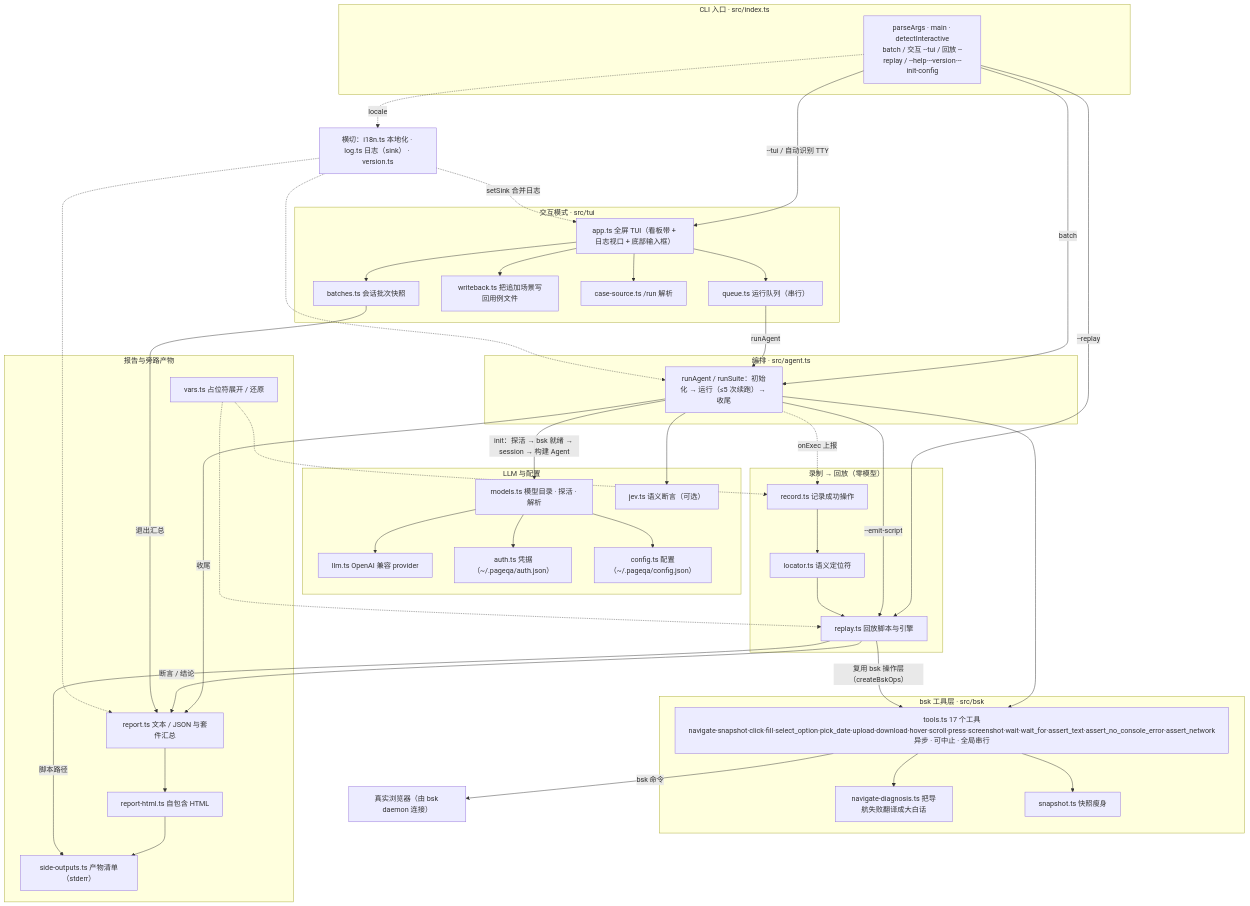
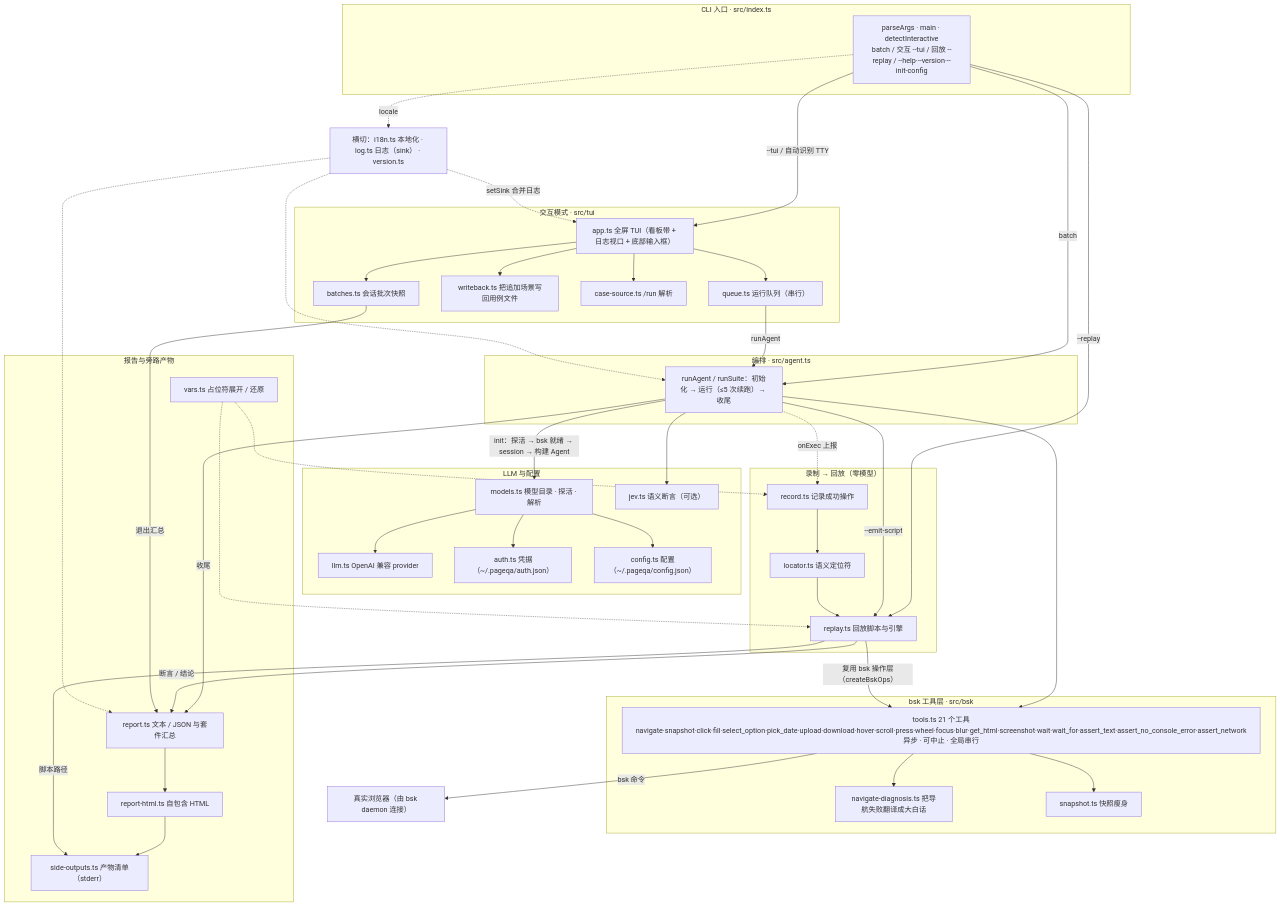
Before and after one commit to klren0312/pageqa: the diagram in README.zh-CN.md, drawn with Mermaid. The commit also changed other lines of this file and 11 other files, not shown here.

First line of the commit message:
feat(bsk): wheel / focus / blur / get_html 与 IPC 快路径扩展

```diff
--- a/README.zh-CN.md
+++ b/README.zh-CN.md
@@ -255,7 +255,7 @@
   end
 
   subgraph BSK["bsk 工具层 · src/bsk"]
-    TOOLS["tools.ts 17 个工具<br/>navigate·snapshot·click·fill·select_option·pick_date·upload·download·hover·scroll·press·screenshot·wait·wait_for·assert_text·assert_no_console_error·assert_network<br/>异步 · 可中止 · 全局串行"]
+    TOOLS["tools.ts 21 个工具<br/>navigate·snapshot·click·fill·select_option·pick_date·upload·download·hover·scroll·press·wheel·focus·blur·get_html·screenshot·wait·wait_for·assert_text·assert_no_console_error·assert_network<br/>异步 · 可中止 · 全局串行"]
     DIAG["navigate-diagnosis.ts 把导航失败翻译成大白话"]
     SNAP["snapshot.ts 快照瘦身"]
   end
```
